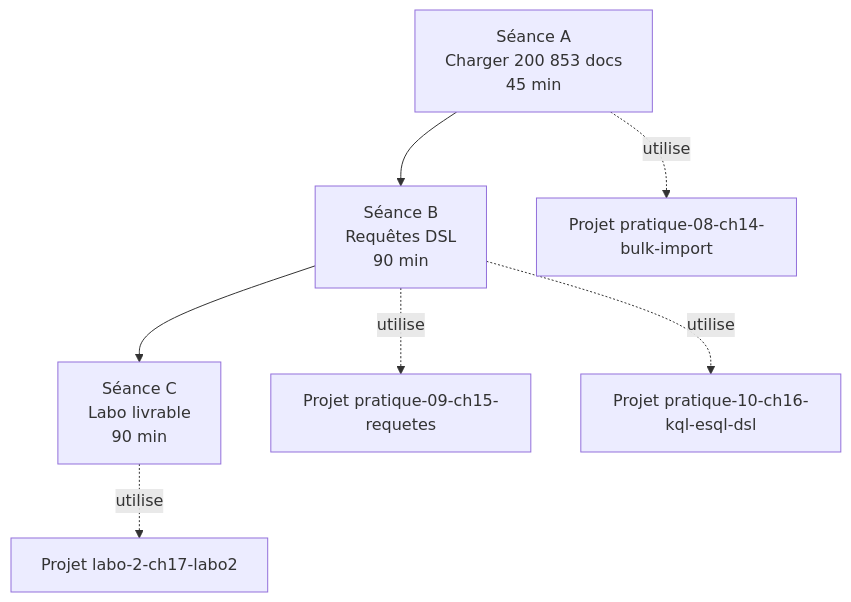
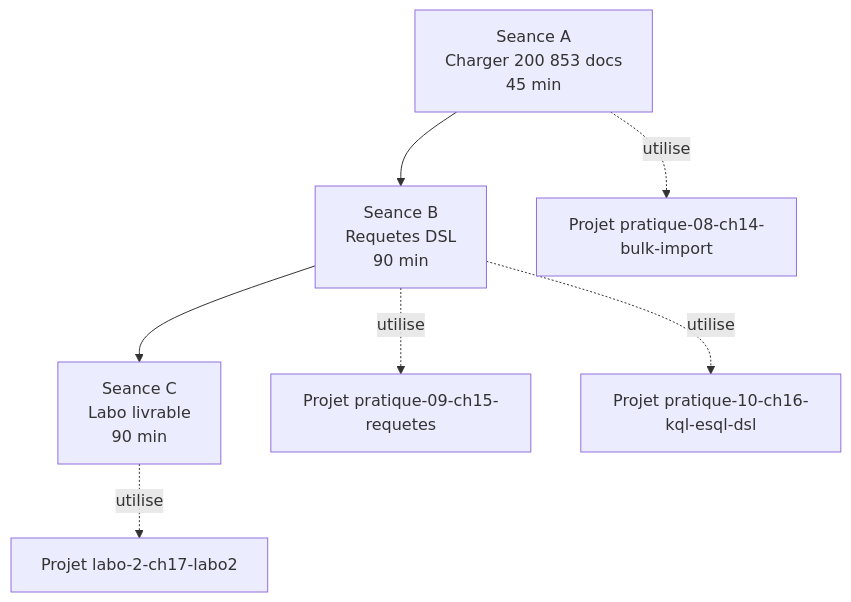
One commit to haythem-rehouma/Elastic-Search-0 changed the diagram in docs2-cours1/assets-cours2/GUIDE-PRATIQUE-2.md. Above: the diagram before and after it, drawn with Mermaid. The commit also changed other lines of this file and 49 other files, not shown here.

````diff
--- a/docs2-cours1/assets-cours2/GUIDE-PRATIQUE-2.md
+++ b/docs2-cours1/assets-cours2/GUIDE-PRATIQUE-2.md
@@ -62,10 +62,10 @@
 ```mermaid
 flowchart TB
-    A[Séance A<br/>Charger 200 853 docs<br/>45 min] --> B[Séance B<br/>Requêtes DSL<br/>90 min]
-    B --> C[Séance C<br/>Labo livrable<br/>90 min]
+    A["Seance A<br/>Charger 200 853 docs<br/>45 min"] --> B["Seance B<br/>Requetes DSL<br/>90 min"]
+    B --> C["Seance C<br/>Labo livrable<br/>90 min"]
     
-    A -.utilise.-> P14[Projet pratique-08-ch14-bulk-import]
-    B -.utilise.-> P15[Projet pratique-09-ch15-requetes]
-    B -.utilise.-> P16[Projet pratique-10-ch16-kql-esql-dsl]
-    C -.utilise.-> P17[Projet labo-2-ch17-labo2]
+    A -.utilise.-> P14["Projet pratique-08-ch14-bulk-import"]
+    B -.utilise.-> P15["Projet pratique-09-ch15-requetes"]
+    B -.utilise.-> P16["Projet pratique-10-ch16-kql-esql-dsl"]
+    C -.utilise.-> P17["Projet labo-2-ch17-labo2"]
 ```
````
